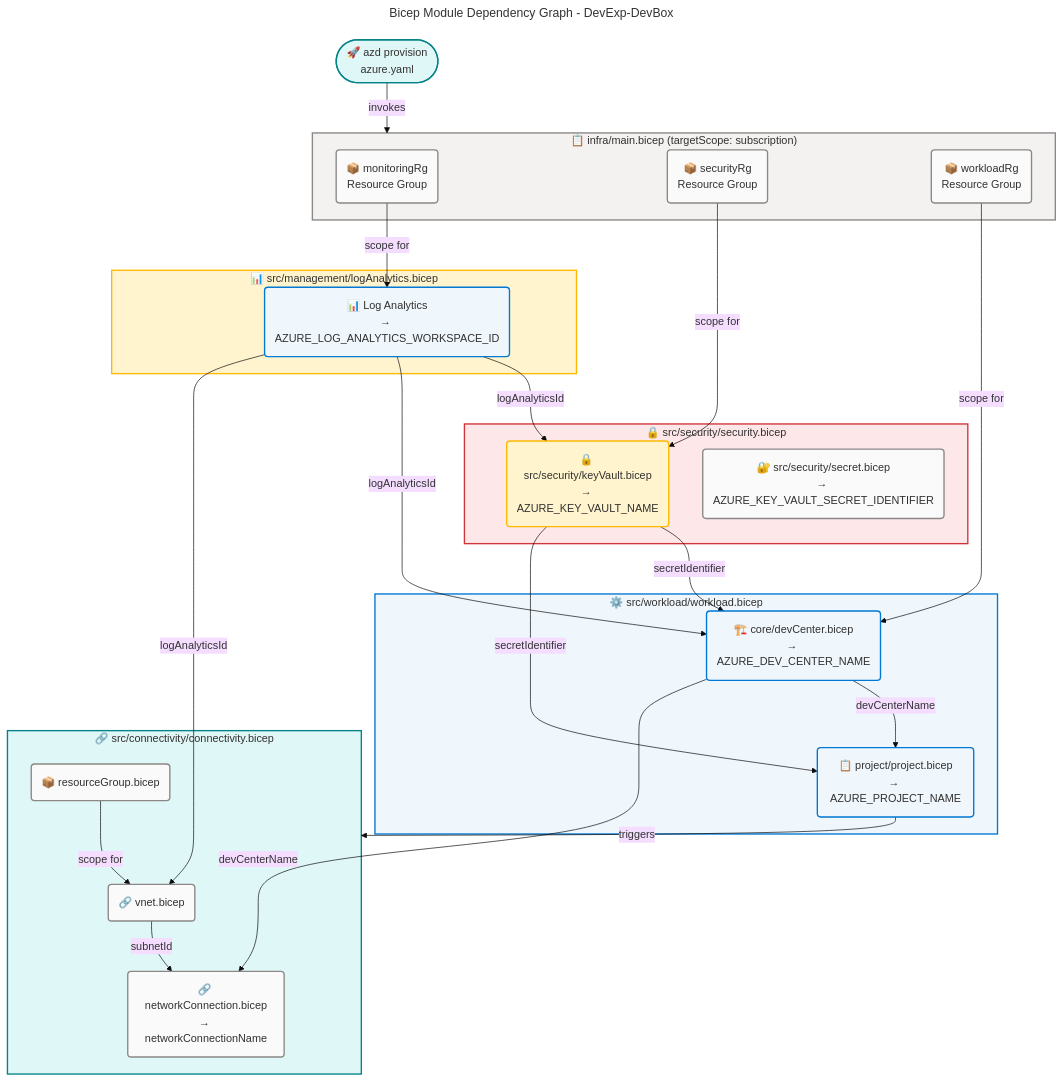
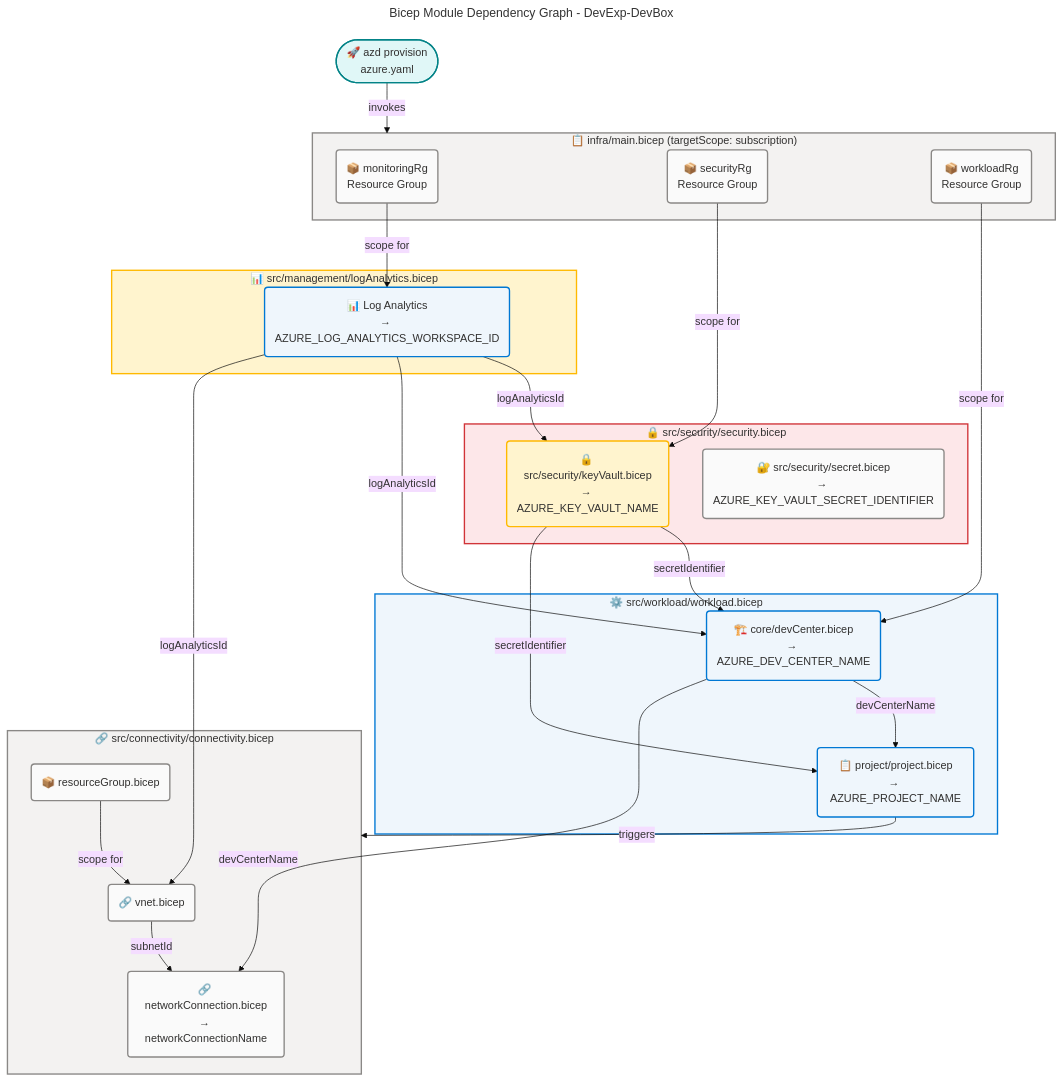
One commit to Evilazaro/DevExp-DevBox changed the sixth of 6 diagrams in docs/architecture/technology-architecture.md. Above: the diagram before and after it, drawn with Mermaid. The commit also changed other lines of this file, not shown here.

Commit message:
refactor: Update Mermaid diagram styles for improved visual clarity in technology architecture documentation

````diff
--- a/docs/architecture/technology-architecture.md
+++ b/docs/architecture/technology-architecture.md
@@ -1181,82 +1181,82 @@
 ```mermaid
 ---
 title: Bicep Module Dependency Graph - DevExp-DevBox
 config:
   theme: base
   look: classic
   layout: dagre
   themeVariables:
     fontSize: '16px'
   flowchart:
     htmlLabels: true
 ---
 flowchart TB
     accTitle: Bicep Module Dependency Graph - DevExp-DevBox
     accDescr: Directed acyclic graph showing all Bicep module dependencies and the data outputs passed between them during azd provision execution
 
     %% ═══════════════════════════════════════════════════════════════════════════
     %% AZURE / FLUENT ARCHITECTURE PATTERN v1.1
     %% (Semantic + Structural + Font + Accessibility Governance)
     %% ═══════════════════════════════════════════════════════════════════════════
     %% PHASE 1 - FLUENT UI: All styling uses approved Fluent UI palette only
     %% PHASE 2 - GROUPS: Every subgraph has semantic color via style directive
     %% PHASE 3 - COMPONENTS: Every node has semantic classDef + icon prefix
     %% PHASE 4 - ACCESSIBILITY: accTitle/accDescr present, WCAG AA contrast
     %% PHASE 5 - STANDARD: Governance block present, classDefs centralized
     %% ═══════════════════════════════════════════════════════════════════════════
 
     AZD(["🚀 azd provision<br/>azure.yaml"]):::external
 
     subgraph EntryPoint["📋 infra/main.bicep (targetScope: subscription)"]
         RG_MON("📦 monitoringRg<br/>Resource Group"):::neutral
         RG_SEC("📦 securityRg<br/>Resource Group"):::neutral
         RG_WL("📦 workloadRg<br/>Resource Group"):::neutral
     end
 
     subgraph MonitoringMod["📊 src/management/logAnalytics.bicep"]
         LA("📊 Log Analytics<br/>→ AZURE_LOG_ANALYTICS_WORKSPACE_ID"):::core
     end
 
     subgraph SecurityMod["🔒 src/security/security.bicep"]
         KV("🔒 src/security/keyVault.bicep<br/>→ AZURE_KEY_VAULT_NAME"):::warning
         SEC("🔐 src/security/secret.bicep<br/>→ AZURE_KEY_VAULT_SECRET_IDENTIFIER"):::neutral
     end
 
     subgraph WorkloadMod["⚙️ src/workload/workload.bicep"]
         DC("🏗️ core/devCenter.bicep<br/>→ AZURE_DEV_CENTER_NAME"):::core
         Proj("📋 project/project.bicep<br/>→ AZURE_PROJECT_NAME"):::core
     end
 
     subgraph ConnMod["🔗 src/connectivity/connectivity.bicep"]
         VNet("🔗 vnet.bicep"):::neutral
         NetConn("🔗 networkConnection.bicep<br/>→ networkConnectionName"):::neutral
         RG_Conn("📦 resourceGroup.bicep"):::neutral
     end
 
     AZD -->|"invokes"| EntryPoint
     RG_MON -->|"scope for"| LA
     RG_SEC -->|"scope for"| KV
     RG_WL -->|"scope for"| DC
     LA -->|"logAnalyticsId"| KV
     LA -->|"logAnalyticsId"| DC
     LA -->|"logAnalyticsId"| VNet
     KV -->|"secretIdentifier"| DC
     KV -->|"secretIdentifier"| Proj
     DC -->|"devCenterName"| Proj
     DC -->|"devCenterName"| NetConn
     Proj -->|"triggers"| ConnMod
     VNet -->|"subnetId"| NetConn
     RG_Conn -->|"scope for"| VNet
 
     %% Centralized classDefs
     classDef neutral fill:#FAFAFA,stroke:#8A8886,stroke-width:2px,color:#323130
     classDef core fill:#EFF6FC,stroke:#0078D4,stroke-width:2px,color:#323130
     classDef warning fill:#FFF4CE,stroke:#FFB900,stroke-width:2px,color:#323130
     classDef external fill:#E0F7F7,stroke:#038387,stroke-width:2px,color:#323130
 
     style EntryPoint fill:#F3F2F1,stroke:#8A8886,stroke-width:2px,color:#323130
     style MonitoringMod fill:#FFF4CE,stroke:#FFB900,stroke-width:2px,color:#323130
     style SecurityMod fill:#FDE7E9,stroke:#D13438,stroke-width:2px,color:#323130
     style WorkloadMod fill:#EFF6FC,stroke:#0078D4,stroke-width:2px,color:#323130
-    style ConnMod fill:#E0F7F7,stroke:#038387,stroke-width:2px,color:#323130
+    style ConnMod fill:#F3F2F1,stroke:#8A8886,stroke-width:2px,color:#323130
 ```
````
